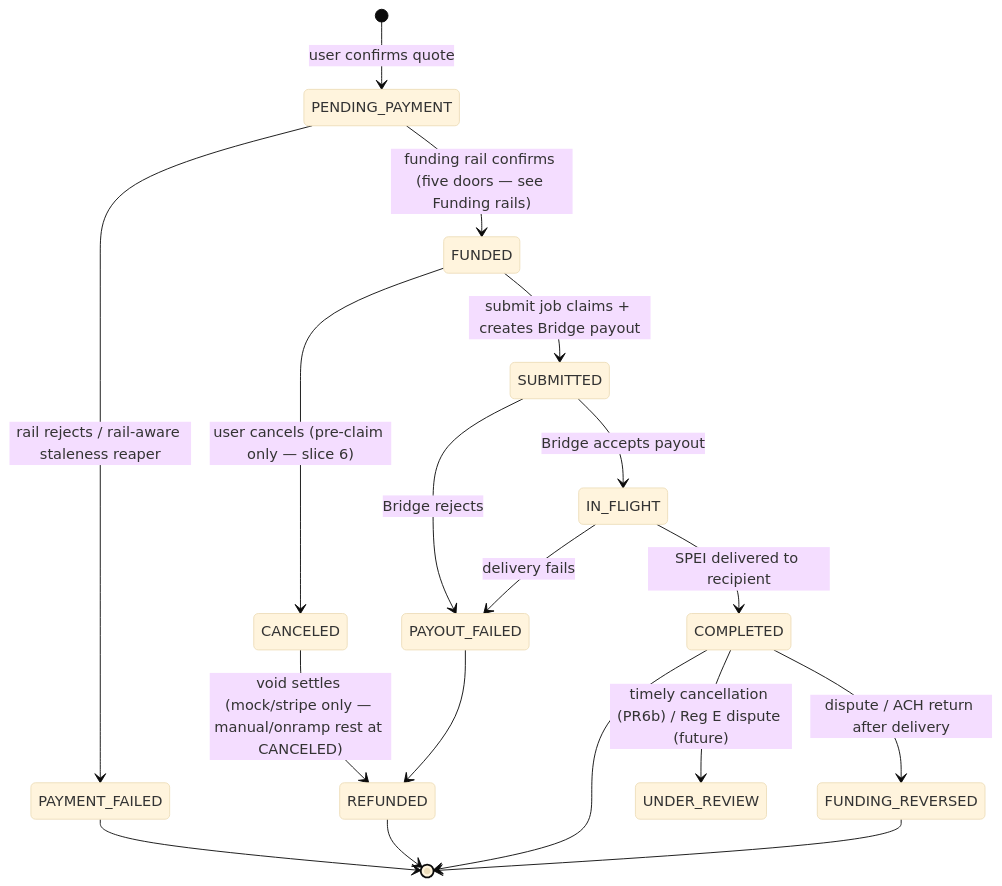
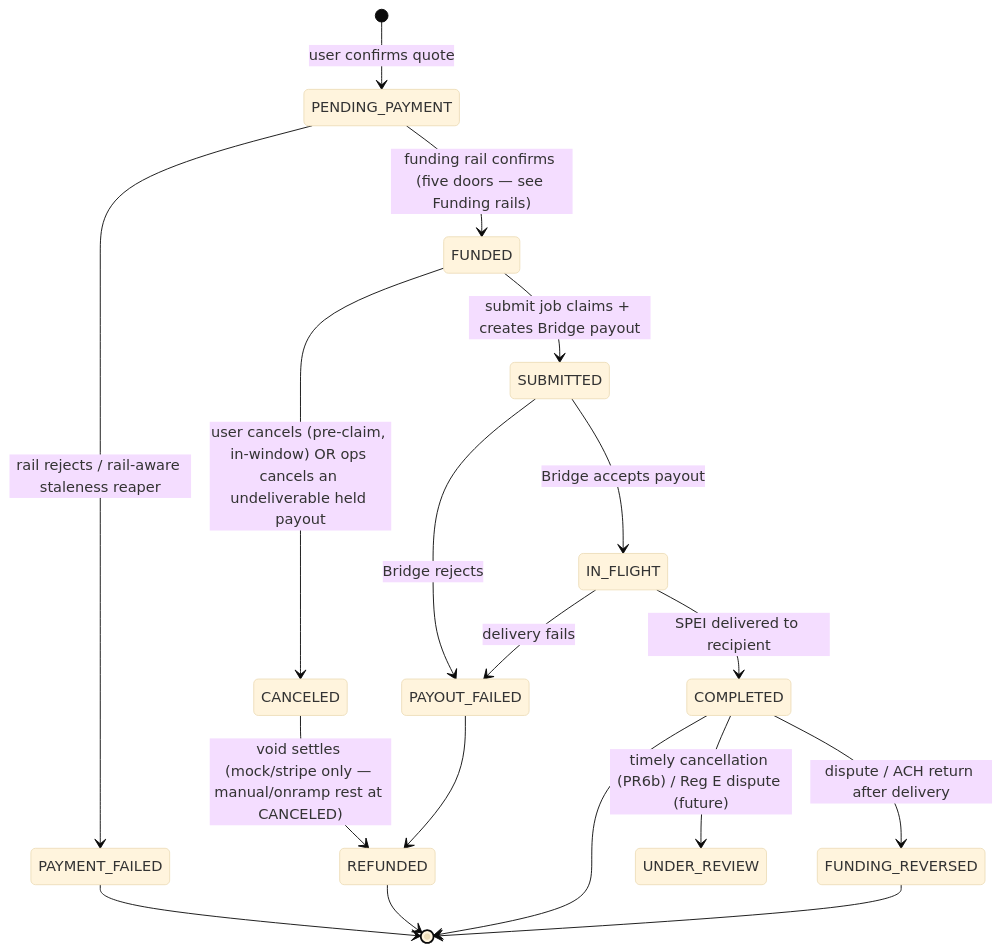
The first of 2 diagrams in docs/transfer-state-machine.md (PuenteFinancial/PuenteApp), drawn with Mermaid (base theme) before and after one commit. The commit also changed other lines of this file and 12 other files, not shown here.

````diff
--- a/docs/transfer-state-machine.md
+++ b/docs/transfer-state-machine.md
@@ -21,20 +21,20 @@
 ```mermaid
 stateDiagram-v2
     [*] --> PENDING_PAYMENT: user confirms quote
     PENDING_PAYMENT --> FUNDED: funding rail confirms (five doors — see Funding rails)
     PENDING_PAYMENT --> PAYMENT_FAILED: rail rejects / rail-aware staleness reaper
     FUNDED --> SUBMITTED: submit job claims + creates Bridge payout
-    FUNDED --> CANCELED: user cancels (pre-claim only — slice 6)
+    FUNDED --> CANCELED: user cancels (pre-claim, in-window) OR ops cancels an undeliverable held payout
     SUBMITTED --> IN_FLIGHT: Bridge accepts payout
     SUBMITTED --> PAYOUT_FAILED: Bridge rejects
     IN_FLIGHT --> COMPLETED: SPEI delivered to recipient
     IN_FLIGHT --> PAYOUT_FAILED: delivery fails
     CANCELED --> REFUNDED: void settles (mock/stripe only — manual/onramp rest at CANCELED)
     PAYOUT_FAILED --> REFUNDED
     COMPLETED --> FUNDING_REVERSED: dispute / ACH return after delivery
     COMPLETED --> UNDER_REVIEW: timely cancellation (PR6b) / Reg E dispute (future)
     PAYMENT_FAILED --> [*]
     REFUNDED --> [*]
     COMPLETED --> [*]
     FUNDING_REVERSED --> [*]
 ```
````
